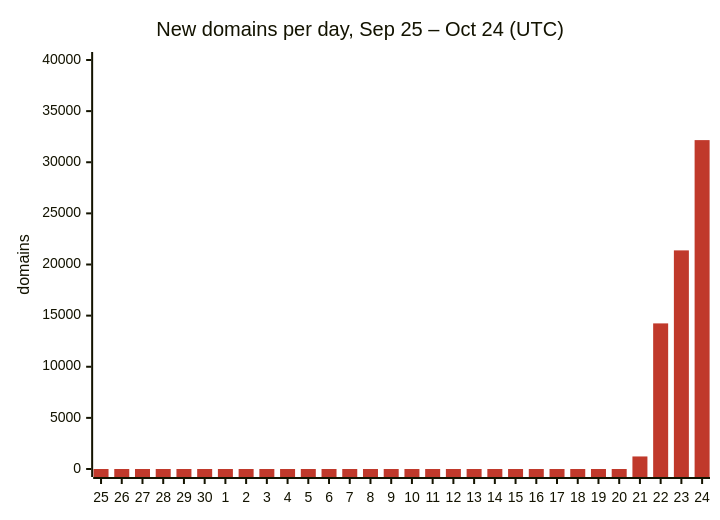
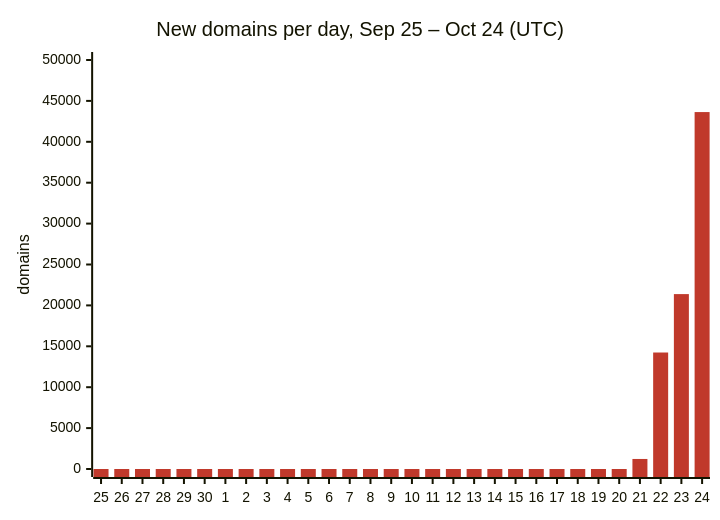
Before and after one commit to DNSBunker/CTI: the first of 3 diagrams in README.md, drawn with Mermaid. The commit also changed other lines of this file and 3 other files, not shown here.

````diff
--- a/README.md
+++ b/README.md
@@ -29,8 +29,8 @@
 ```mermaid
 %%{init: {"themeVariables": {"xyChart": {"plotColorPalette": "#c0392b"}}}}%%
 xychart-beta
     title "New domains per day, Sep 25 – Oct 24 (UTC)"
     x-axis ["25", "26", "27", "28", "29", "30", "1", "2", "3", "4", "5", "6", "7", "8", "9", "10", "11", "12", "13", "14", "15", "16", "17", "18", "19", "20", "21", "22", "23", "24"]
-    y-axis "domains" 0 --> 40000
-    bar [0, 0, 0, 0, 0, 0, 0, 0, 0, 0, 0, 0, 0, 0, 0, 0, 0, 0, 0, 0, 0, 0, 0, 0, 0, 0, 1227, 14240, 21381, 32165]
+    y-axis "domains" 0 --> 50000
+    bar [0, 0, 0, 0, 0, 0, 0, 0, 0, 0, 0, 0, 0, 0, 0, 0, 0, 0, 0, 0, 0, 0, 0, 0, 0, 0, 1227, 14240, 21381, 43634]
 ```
````
